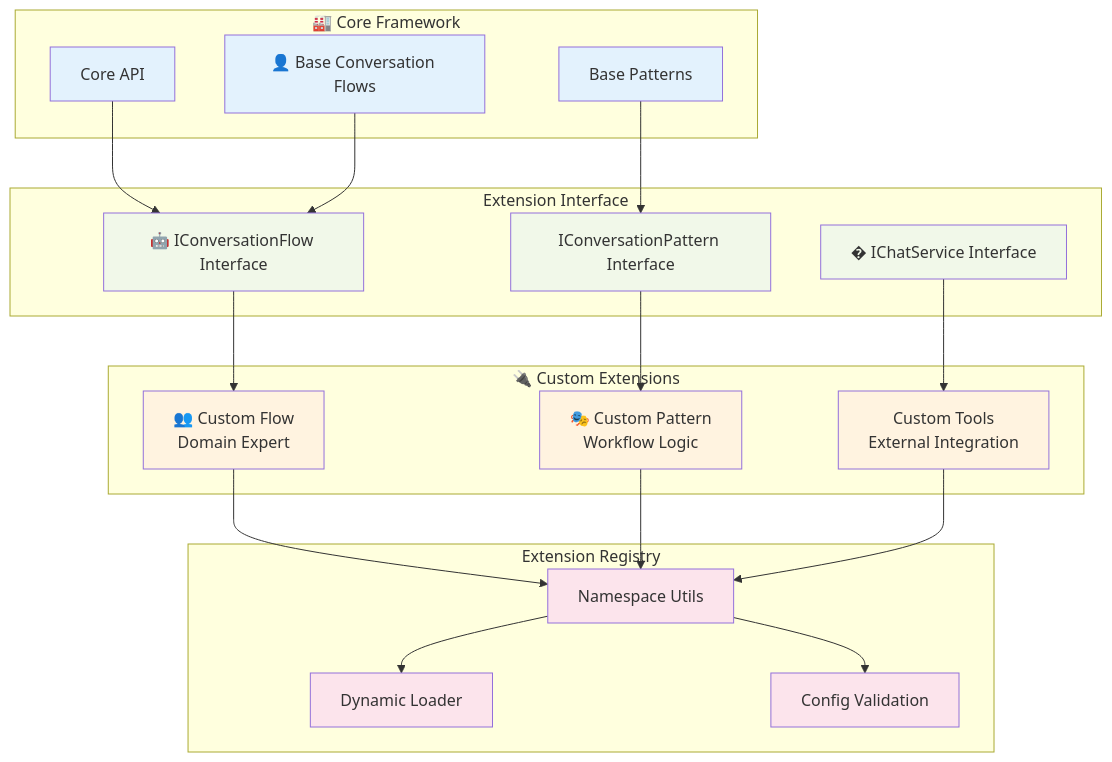
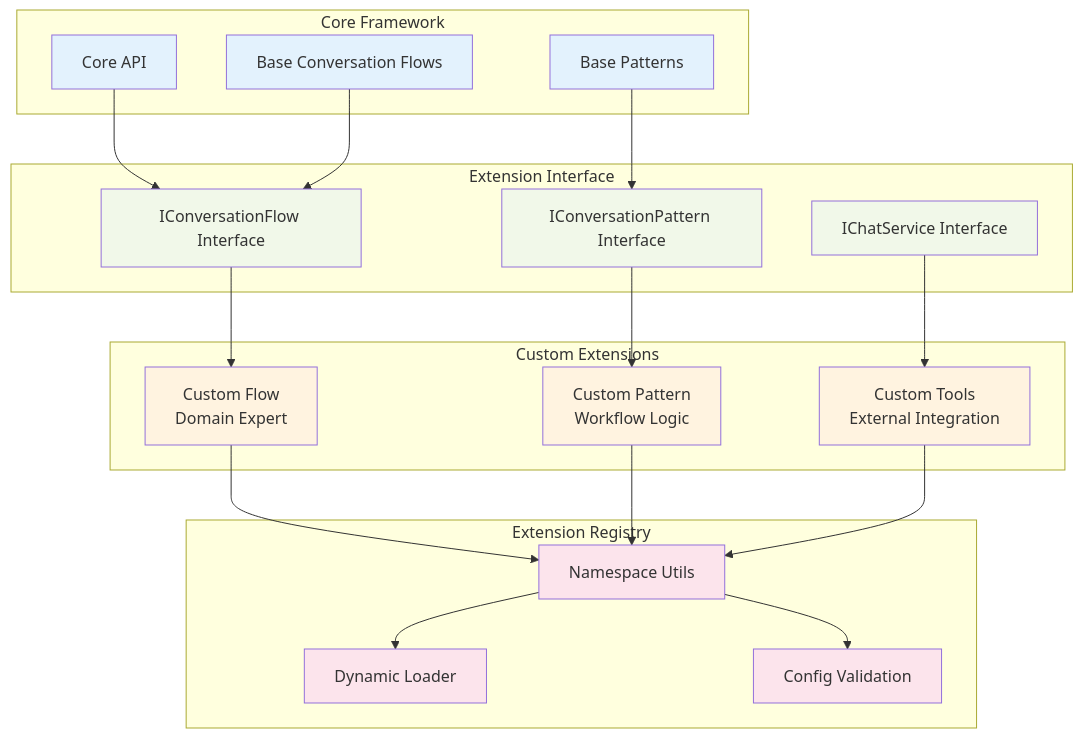
The eighth of 13 diagrams in docs/architecture/README.md (the-ingenious-dark-knight/Insight_Ingenious), drawn with Mermaid before and after one commit. The commit also changed other lines of this file and 17 other files, not shown here.

````diff
--- a/docs/architecture/README.md
+++ b/docs/architecture/README.md
@@ -402,51 +402,51 @@
 ```mermaid
 graph TB
-    subgraph "🏭 Core Framework"
-        CORE_API[ Core API]
-        CORE_FLOWS[👤 Base Conversation Flows]
-        CORE_PATTERNS[ Base Patterns]
+    subgraph "Core Framework"
+        CORE_API[Core API]
+        CORE_FLOWS[Base Conversation Flows]
+        CORE_PATTERNS[Base Patterns]
     end
 
-    subgraph " Extension Interface"
-        FLOW_INTERFACE[🤖 IConversationFlow Interface]
-        PATTERN_INTERFACE[ IConversationPattern Interface]
-        CHAT_INTERFACE[� IChatService Interface]
+    subgraph "Extension Interface"
+        FLOW_INTERFACE[IConversationFlow Interface]
+        PATTERN_INTERFACE[IConversationPattern Interface]
+        CHAT_INTERFACE[IChatService Interface]
     end
 
-    subgraph "🔌 Custom Extensions"
-        CUSTOM_FLOW[👥 Custom Flow<br/>Domain Expert]
-        CUSTOM_PATTERN[🎭 Custom Pattern<br/>Workflow Logic]
-        CUSTOM_TOOLS[ Custom Tools<br/>External Integration]
+    subgraph "Custom Extensions"
+        CUSTOM_FLOW[Custom Flow<br/>Domain Expert]
+        CUSTOM_PATTERN[Custom Pattern<br/>Workflow Logic]
+        CUSTOM_TOOLS[Custom Tools<br/>External Integration]
     end
 
-    subgraph " Extension Registry"
-        NAMESPACE_LOADER[ Namespace Utils]
-        DYNAMIC_LOADER[ Dynamic Loader]
-        CONFIG_VALIDATOR[ Config Validation]
+    subgraph "Extension Registry"
+        NAMESPACE_LOADER[Namespace Utils]
+        DYNAMIC_LOADER[Dynamic Loader]
+        CONFIG_VALIDATOR[Config Validation]
     end
 
     CORE_API --> FLOW_INTERFACE
     CORE_FLOWS --> FLOW_INTERFACE
     CORE_PATTERNS --> PATTERN_INTERFACE
 
     FLOW_INTERFACE --> CUSTOM_FLOW
     PATTERN_INTERFACE --> CUSTOM_PATTERN
     CHAT_INTERFACE --> CUSTOM_TOOLS
 
     CUSTOM_FLOW --> NAMESPACE_LOADER
     CUSTOM_PATTERN --> NAMESPACE_LOADER
     CUSTOM_TOOLS --> NAMESPACE_LOADER
 
     NAMESPACE_LOADER --> DYNAMIC_LOADER
     NAMESPACE_LOADER --> CONFIG_VALIDATOR
 
     classDef core fill:#e3f2fd
     classDef interface fill:#f1f8e9
     classDef custom fill:#fff3e0
     classDef registry fill:#fce4ec
 
     class CORE_API,CORE_FLOWS,CORE_PATTERNS core
     class FLOW_INTERFACE,PATTERN_INTERFACE,CHAT_INTERFACE interface
     class CUSTOM_FLOW,CUSTOM_PATTERN,CUSTOM_TOOLS custom
     class NAMESPACE_LOADER,DYNAMIC_LOADER,CONFIG_VALIDATOR registry
 ```
````
